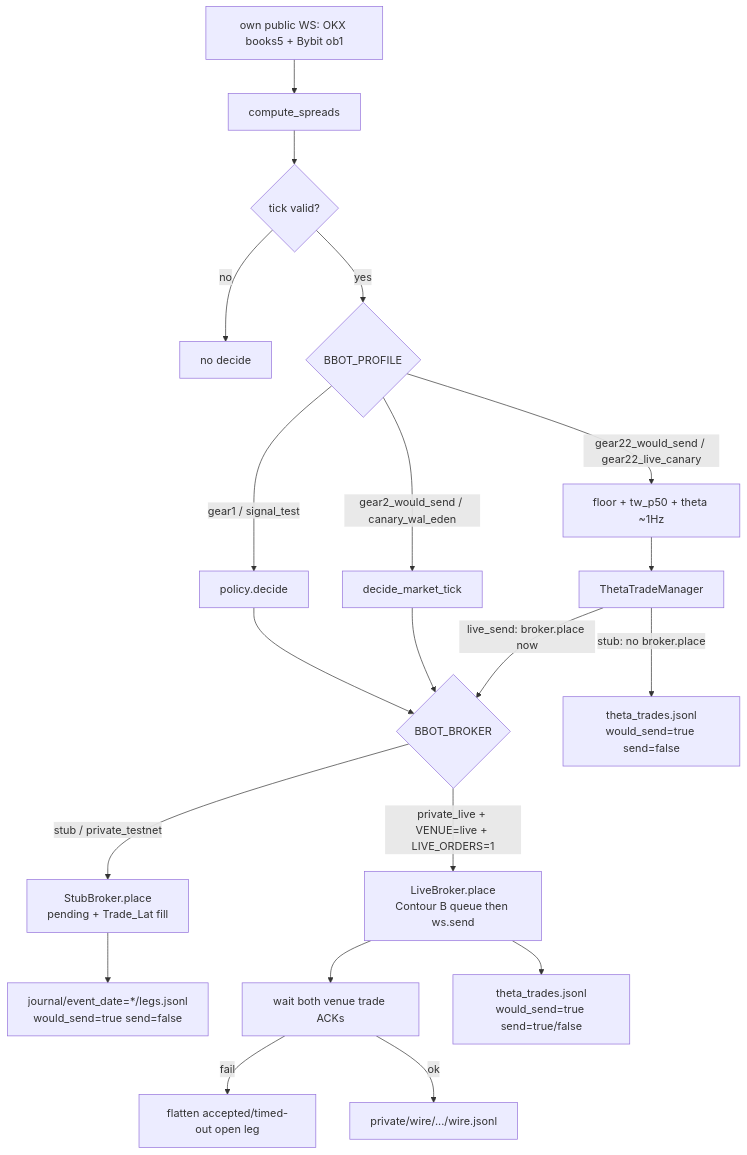
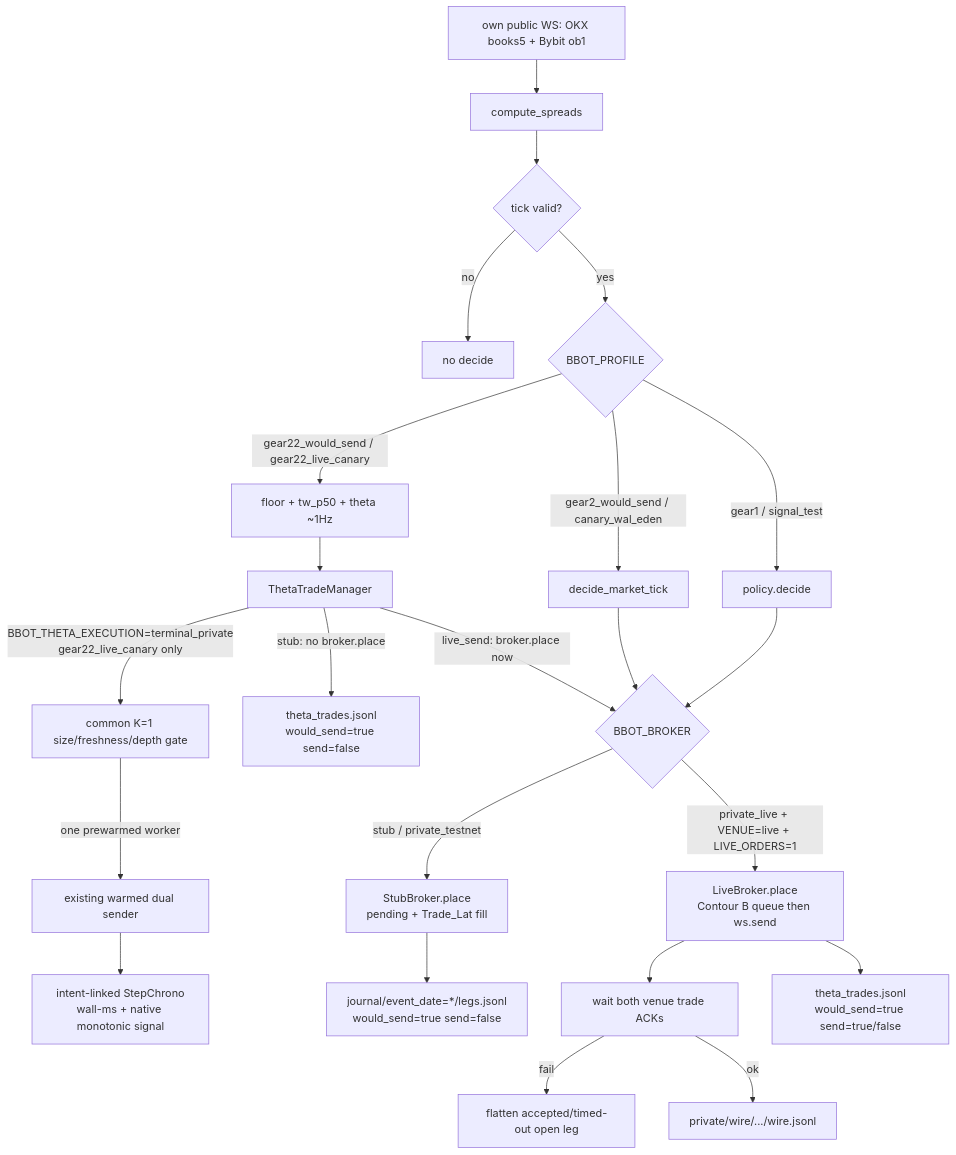
One commit to anabol21/arb_bots changed the third of 3 diagrams in architecture.md. Above: the diagram before and after it, drawn with Mermaid. The commit also changed other lines of this file and 9 other files, not shown here.

Commit message:
feat: add terminal Canary29 runtime path

````diff
--- a/architecture.md
+++ b/architecture.md
@@ -199,26 +199,29 @@
 ```mermaid
 flowchart TB
   books[own public WS: OKX books5 + Bybit ob1]
   books --> spreads[compute_spreads]
   spreads --> valid{tick valid?}
   valid -->|no| drop[no decide]
   valid -->|yes| profile{BBOT_PROFILE}
 
   profile -->|gear1 / signal_test| tickDecide["policy.decide"]
   profile -->|gear2_would_send / canary_wal_eden| mktDecide["decide_market_tick"]
   profile -->|gear22_would_send / gear22_live_canary| observers["floor + tw_p50 + theta ~1Hz"]
   observers --> thetaDec["ThetaTradeManager"]
   tickDecide --> place
   mktDecide --> place
   thetaDec -->|stub: no broker.place| thetaJ["theta_trades.jsonl\nwould_send=true send=false"]
   thetaDec -->|live_send: broker.place now| place
+  thetaDec -->|BBOT_THETA_EXECUTION=terminal_private\ngear22_live_canary only| canaryGate["common K=1 size/freshness/depth gate"]
+  canaryGate -->|one prewarmed worker| privateSend["existing warmed dual sender"]
+  privateSend --> chrono["intent-linked StepChrono\nwall-ms + native monotonic signal"]
 
   place{BBOT_BROKER}
   place -->|stub / private_testnet| stub["StubBroker.place\npending + Trade_Lat fill"]
   stub --> legs["journal/event_date=*/legs.jsonl\nwould_send=true send=false"]
   place -->|private_live + VENUE=live + LIVE_ORDERS=1| live["LiveBroker.place\nContour B queue then ws.send"]
   live --> ack[wait both venue trade ACKs]
   ack -->|fail| flatten[flatten accepted/timed-out open leg]
   ack -->|ok| wire["private/wire/.../wire.jsonl"]
   live --> thetaLive["theta_trades.jsonl\nwould_send=true send=true/false"]
 ```
````
